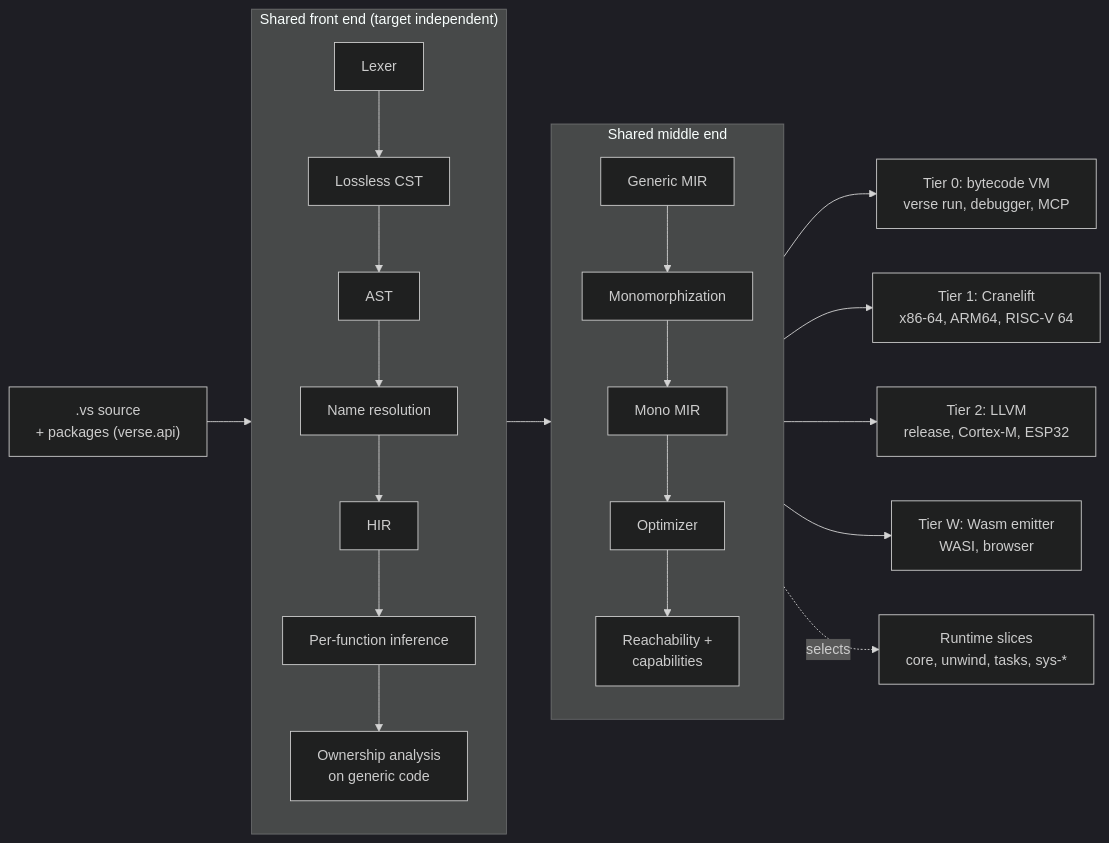
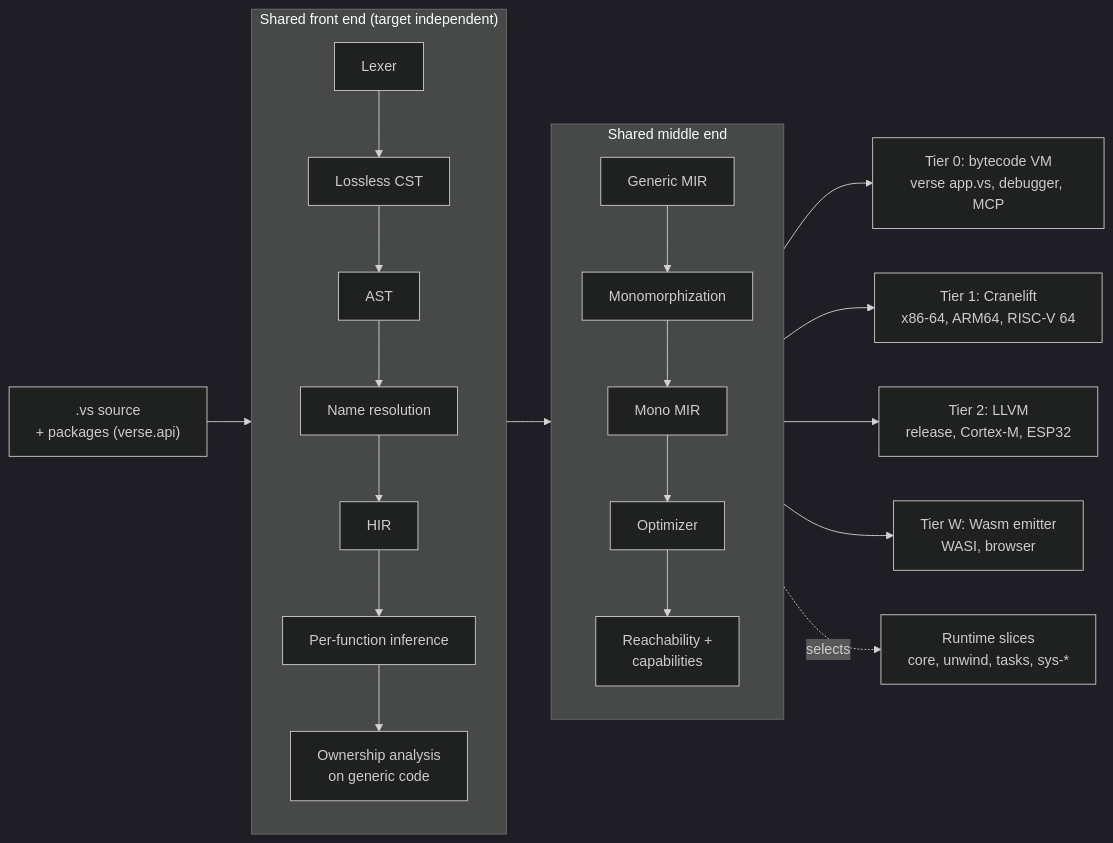
One commit to orafaelfragoso/verse changed the diagram in docs/architecture/overview.md. Above: the diagram before and after it, drawn with Mermaid (dark theme). The commit also changed other lines of this file and 19 other files, not shown here.

Commit message:
Docs: run files with `verse app.vs`

````diff
--- a/docs/architecture/overview.md
+++ b/docs/architecture/overview.md
@@ -34,25 +34,25 @@
 ```mermaid
 flowchart LR
     SRC[".vs source<br/>+ packages (verse.api)"] --> FE
 
     subgraph FE["Shared front end (target independent)"]
         direction TB
         LEX["Lexer"] --> CST["Lossless CST"] --> AST["AST"]
         AST --> RES["Name resolution"] --> HIR["HIR"]
         HIR --> INF["Per-function inference"] --> OWN["Ownership analysis<br/>on generic code"]
     end
 
     FE --> ME
 
     subgraph ME["Shared middle end"]
         direction TB
         GMIR["Generic MIR"] --> MONO["Monomorphization"] --> MMIR["Mono MIR"]
         MMIR --> OPT["Optimizer"] --> REACH["Reachability +<br/>capabilities"]
     end
 
-    REACH --> T0["Tier 0: bytecode VM<br/>verse run, debugger, MCP"]
+    REACH --> T0["Tier 0: bytecode VM<br/>verse app.vs, debugger, MCP"]
     REACH --> T1["Tier 1: Cranelift<br/>x86-64, ARM64, RISC-V 64"]
     REACH --> T2["Tier 2: LLVM<br/>release, Cortex-M, ESP32"]
     REACH --> TW["Tier W: Wasm emitter<br/>WASI, browser"]
     REACH -. selects .-> RT["Runtime slices<br/>core, unwind, tasks, sys-*"]
 ```
````
